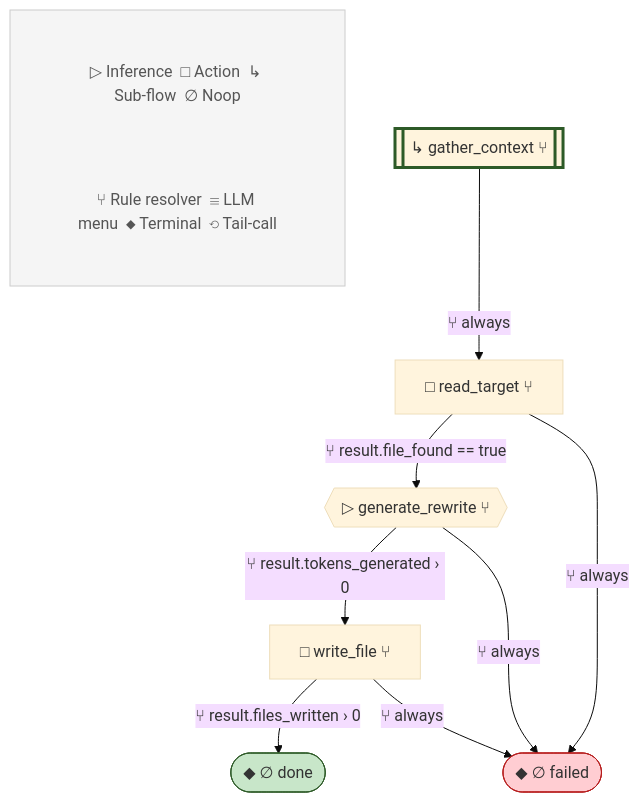
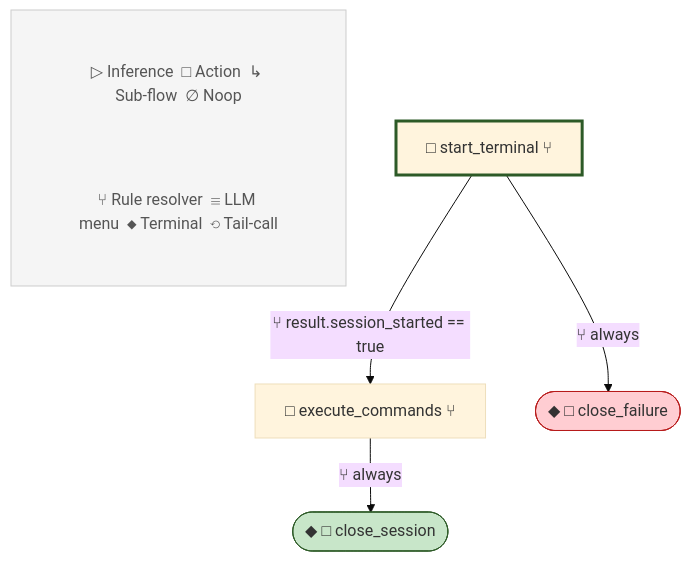
One commit to lah-rb/ouroboros changed diagram 15 of 17 in blueprint.md. Above: the diagram before and after it, drawn with Mermaid (base theme). The commit also changed other lines of this file and 355 other files, not shown here.

````diff
--- a/blueprint.md
+++ b/blueprint.md
@@ -1296,32 +1139,26 @@
 ```mermaid
 flowchart TD
-    %% rewrite v1
+    %% run_commands v2
 
     subgraph Legend[" "]
         L1["▷ Inference  □ Action  ↳ Sub-flow  ∅ Noop"]
         L2["⑂ Rule resolver  ☰ LLM menu  ◆ Terminal  ⟲ Tail-call"]
     end
     style Legend fill:#f5f5f5,stroke:#ccc,stroke-width:1px
     style L1 fill:#f5f5f5,stroke:none,color:#555
     style L2 fill:#f5f5f5,stroke:none,color:#555
 
-    gather_context[["↳ gather_context ⑂"]]
-    read_target["□ read_target ⑂"]
-    generate_rewrite{{"▷ generate_rewrite ⑂"}}
-    write_file["□ write_file ⑂"]
-    done(["◆ ∅ done"])
-    failed(["◆ ∅ failed"])
+    start_terminal["□ start_terminal ⑂"]
+    execute_commands["□ execute_commands ⑂"]
+    close_session(["◆ □ close_session"])
+    close_failure(["◆ □ close_failure"])
 
-    style gather_context stroke-width:3px,stroke:#2d5a27
+    style start_terminal stroke-width:3px,stroke:#2d5a27
 
-    gather_context -->|⑂ always| read_target
-    read_target -->|⑂ result.file_found == true| generate_rewrite
-    read_target -->|⑂ always| failed
-    generate_rewrite -->|⑂ result.tokens_generated › 0| write_file
-    generate_rewrite -->|⑂ always| failed
-    write_file -->|⑂ result.files_written › 0| done
-    write_file -->|⑂ always| failed
+    start_terminal -->|⑂ result.session_started == true| execute_commands
+    start_terminal -->|⑂ always| close_failure
+    execute_commands -->|⑂ always| close_session
 
-    style done fill:#c8e6c9,stroke:#2d5a27
-    style failed fill:#ffcdd2,stroke:#b71c1c
+    style close_session fill:#c8e6c9,stroke:#2d5a27
+    style close_failure fill:#ffcdd2,stroke:#b71c1c
 ```
````
